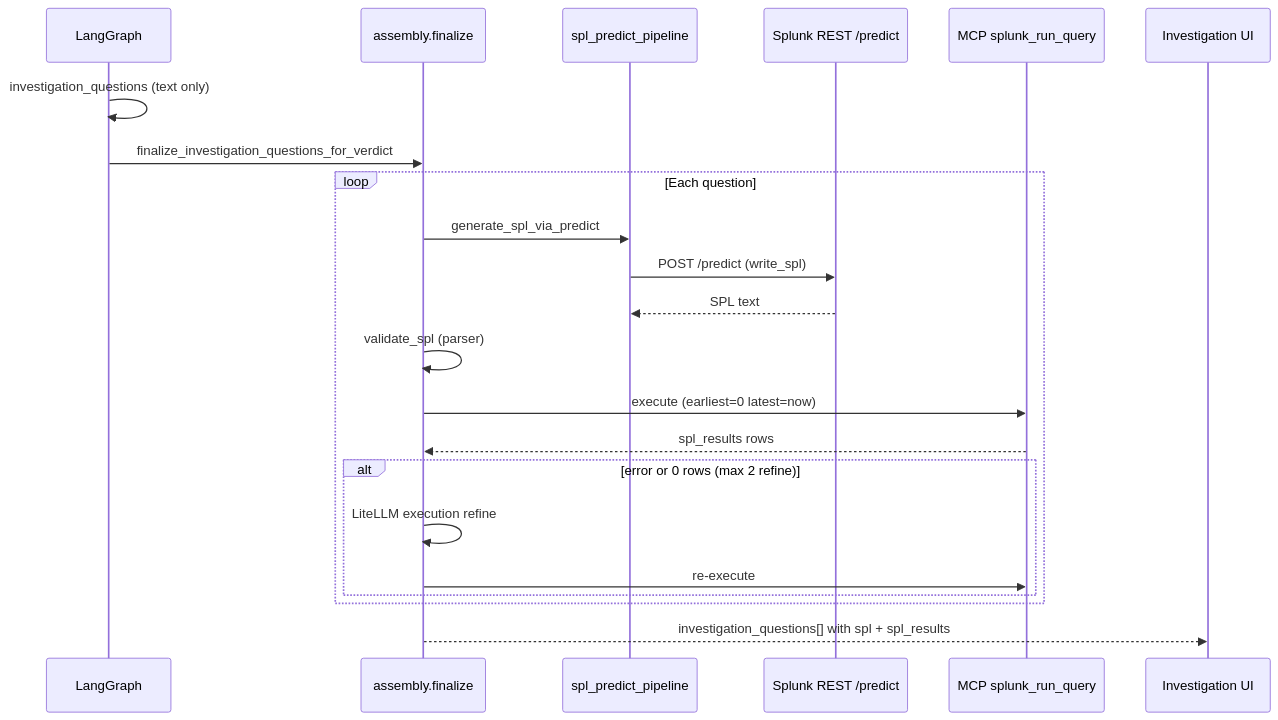
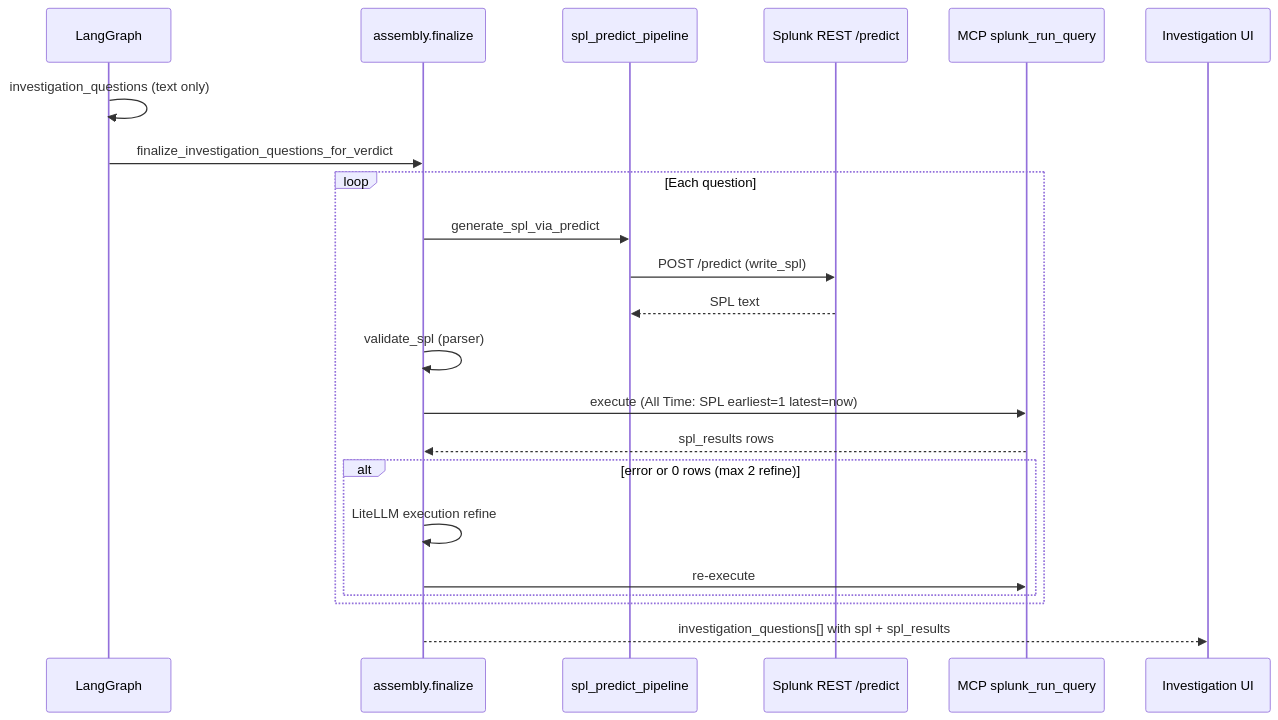
Before and after one commit to Sepideh-Asadollahi/ThinkingSOC-splunk-hackathon: the first of 3 diagrams in docs/13-cim-investigation-spl-mcp.md, drawn with Mermaid. The commit also changed other lines of this file and 55 other files, not shown here.

````diff
--- a/docs/13-cim-investigation-spl-mcp.md
+++ b/docs/13-cim-investigation-spl-mcp.md
@@ -26,25 +26,25 @@
 ```mermaid
 sequenceDiagram
   participant G as LangGraph
   participant A as assembly.finalize
   participant P as spl_predict_pipeline
   participant SAIA as Splunk REST /predict
   participant M as MCP splunk_run_query
   participant UI as Investigation UI
 
   G->>G: investigation_questions (text only)
   G->>A: finalize_investigation_questions_for_verdict
   loop Each question
     A->>P: generate_spl_via_predict
     P->>SAIA: POST /predict (write_spl)
     SAIA-->>P: SPL text
     A->>A: validate_spl (parser)
-    A->>M: execute (earliest=0 latest=now)
+    A->>M: execute (All Time: SPL earliest=1 latest=now)
     M-->>A: spl_results rows
     alt error or 0 rows (max 2 refine)
       A->>A: LiteLLM execution refine
       A->>M: re-execute
     end
   end
   A-->>UI: investigation_questions[] with spl + spl_results
 ```
````
